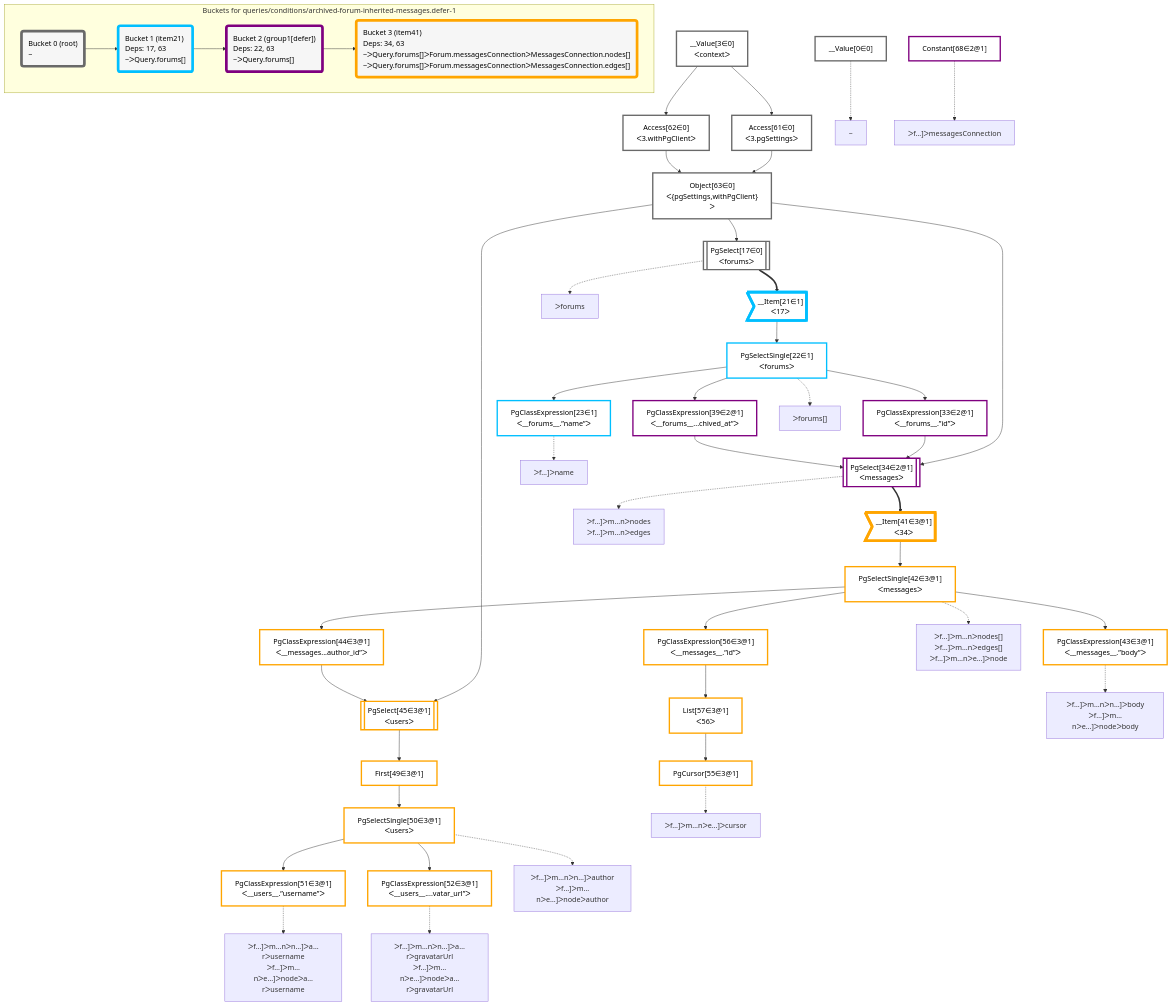
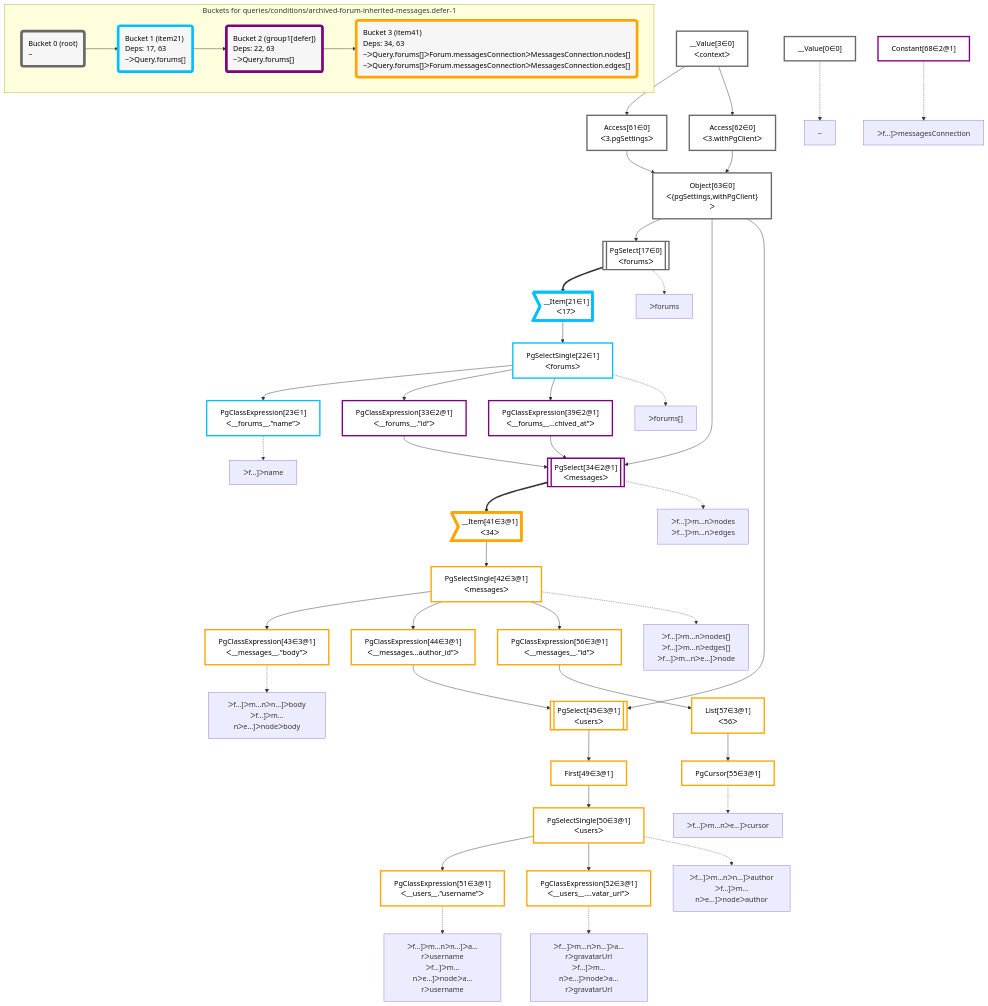
The diagram in packages/dataplan-pg/__tests__/queries/conditions/archived-forum-inherited-messages.defer-1.deopt.mermaid.md (graphile/crystal), drawn with Mermaid before and after one commit. The commit also changed other lines of this file and 195 other files, not shown here.

Commit message:
Reorder graphs

```diff
--- a/packages/dataplan-pg/__tests__/queries/conditions/archived-forum-inherited-messages.defer-1.deopt.mermaid.md
+++ b/packages/dataplan-pg/__tests__/queries/conditions/archived-forum-inherited-messages.defer-1.deopt.mermaid.md
@@ -9,54 +9,54 @@
 
     %% define plans
     __Value0["__Value[0∈0]"]:::plan
+    __Value3["__Value[3∈0]<br />ᐸcontextᐳ"]:::plan
+    Access61["Access[61∈0]<br />ᐸ3.pgSettingsᐳ"]:::plan
+    Access62["Access[62∈0]<br />ᐸ3.withPgClientᐳ"]:::plan
+    Object63["Object[63∈0]<br />ᐸ{pgSettings,withPgClient}ᐳ"]:::plan
+    PgSelect17[["PgSelect[17∈0]<br />ᐸforumsᐳ"]]:::plan
+    __Item21>"__Item[21∈1]<br />ᐸ17ᐳ"]:::itemplan
+    PgSelectSingle22["PgSelectSingle[22∈1]<br />ᐸforumsᐳ"]:::plan
     PgClassExpression23["PgClassExpression[23∈1]<br />ᐸ__forums__.”name”ᐳ"]:::plan
+    PgClassExpression33["PgClassExpression[33∈2@1]<br />ᐸ__forums__.”id”ᐳ"]:::plan
+    PgClassExpression39["PgClassExpression[39∈2@1]<br />ᐸ__forums__...chived_at”ᐳ"]:::plan
+    PgSelect34[["PgSelect[34∈2@1]<br />ᐸmessagesᐳ"]]:::plan
+    Constant68["Constant[68∈2@1]"]:::plan
+    __Item41>"__Item[41∈3@1]<br />ᐸ34ᐳ"]:::itemplan
+    PgSelectSingle42["PgSelectSingle[42∈3@1]<br />ᐸmessagesᐳ"]:::plan
     PgClassExpression43["PgClassExpression[43∈3@1]<br />ᐸ__messages__.”body”ᐳ"]:::plan
+    PgClassExpression44["PgClassExpression[44∈3@1]<br />ᐸ__messages...author_id”ᐳ"]:::plan
+    PgSelect45[["PgSelect[45∈3@1]<br />ᐸusersᐳ"]]:::plan
+    First49["First[49∈3@1]"]:::plan
+    PgSelectSingle50["PgSelectSingle[50∈3@1]<br />ᐸusersᐳ"]:::plan
     PgClassExpression51["PgClassExpression[51∈3@1]<br />ᐸ__users__.”username”ᐳ"]:::plan
     PgClassExpression52["PgClassExpression[52∈3@1]<br />ᐸ__users__....vatar_url”ᐳ"]:::plan
-    PgSelectSingle50["PgSelectSingle[50∈3@1]<br />ᐸusersᐳ"]:::plan
-    First49["First[49∈3@1]"]:::plan
-    PgSelect45[["PgSelect[45∈3@1]<br />ᐸusersᐳ"]]:::plan
-    PgClassExpression44["PgClassExpression[44∈3@1]<br />ᐸ__messages...author_id”ᐳ"]:::plan
+    PgClassExpression56["PgClassExpression[56∈3@1]<br />ᐸ__messages__.”id”ᐳ"]:::plan
+    List57["List[57∈3@1]<br />ᐸ56ᐳ"]:::plan
     PgCursor55["PgCursor[55∈3@1]"]:::plan
-    List57["List[57∈3@1]<br />ᐸ56ᐳ"]:::plan
-    PgClassExpression56["PgClassExpression[56∈3@1]<br />ᐸ__messages__.”id”ᐳ"]:::plan
-    PgSelectSingle42["PgSelectSingle[42∈3@1]<br />ᐸmessagesᐳ"]:::plan
-    __Item41>"__Item[41∈3@1]<br />ᐸ34ᐳ"]:::itemplan
-    PgSelect34[["PgSelect[34∈2@1]<br />ᐸmessagesᐳ"]]:::plan
-    PgClassExpression33["PgClassExpression[33∈2@1]<br />ᐸ__forums__.”id”ᐳ"]:::plan
-    PgClassExpression39["PgClassExpression[39∈2@1]<br />ᐸ__forums__...chived_at”ᐳ"]:::plan
-    PgSelectSingle22["PgSelectSingle[22∈1]<br />ᐸforumsᐳ"]:::plan
-    __Item21>"__Item[21∈1]<br />ᐸ17ᐳ"]:::itemplan
-    PgSelect17[["PgSelect[17∈0]<br />ᐸforumsᐳ"]]:::plan
-    Object63["Object[63∈0]<br />ᐸ{pgSettings,withPgClient}ᐳ"]:::plan
-    Access61["Access[61∈0]<br />ᐸ3.pgSettingsᐳ"]:::plan
-    Access62["Access[62∈0]<br />ᐸ3.withPgClientᐳ"]:::plan
-    __Value3["__Value[3∈0]<br />ᐸcontextᐳ"]:::plan
-    Constant68["Constant[68∈2@1]"]:::plan
 
     %% plan dependencies
+    __Value3 --> Access61
+    __Value3 --> Access62
+    Access61 & Access62 --> Object63
+    Object63 --> PgSelect17
+    PgSelect17 ==> __Item21
+    __Item21 --> PgSelectSingle22
     PgSelectSingle22 --> PgClassExpression23
+    PgSelectSingle22 --> PgClassExpression33
+    PgSelectSingle22 --> PgClassExpression39
+    Object63 & PgClassExpression33 & PgClassExpression39 --> PgSelect34
+    PgSelect34 ==> __Item41
+    __Item41 --> PgSelectSingle42
     PgSelectSingle42 --> PgClassExpression43
+    PgSelectSingle42 --> PgClassExpression44
+    Object63 & PgClassExpression44 --> PgSelect45
+    PgSelect45 --> First49
+    First49 --> PgSelectSingle50
     PgSelectSingle50 --> PgClassExpression51
     PgSelectSingle50 --> PgClassExpression52
-    First49 --> PgSelectSingle50
-    PgSelect45 --> First49
-    Object63 & PgClassExpression44 --> PgSelect45
-    PgSelectSingle42 --> PgClassExpression44
+    PgSelectSingle42 --> PgClassExpression56
+    PgClassExpression56 --> List57
     List57 --> PgCursor55
-    PgClassExpression56 --> List57
-    PgSelectSingle42 --> PgClassExpression56
-    __Item41 --> PgSelectSingle42
-    PgSelect34 ==> __Item41
-    Object63 & PgClassExpression33 & PgClassExpression39 --> PgSelect34
-    PgSelectSingle22 --> PgClassExpression33
-    PgSelectSingle22 --> PgClassExpression39
-    __Item21 --> PgSelectSingle22
-    PgSelect17 ==> __Item21
-    Object63 --> PgSelect17
-    Access61 & Access62 --> Object63
-    __Value3 --> Access61
-    __Value3 --> Access62
 
     %% plan-to-path relationships
     P0["~"]
```
